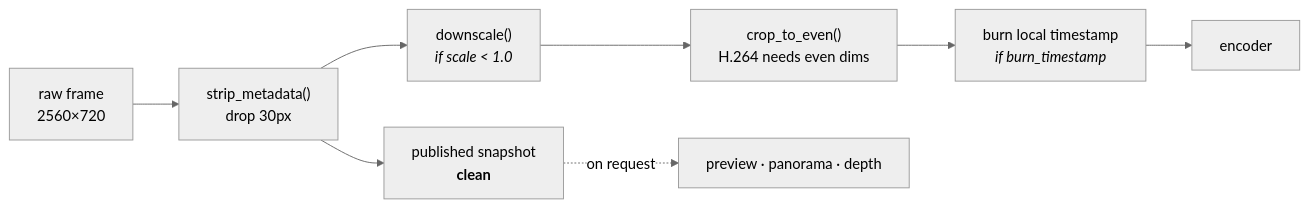
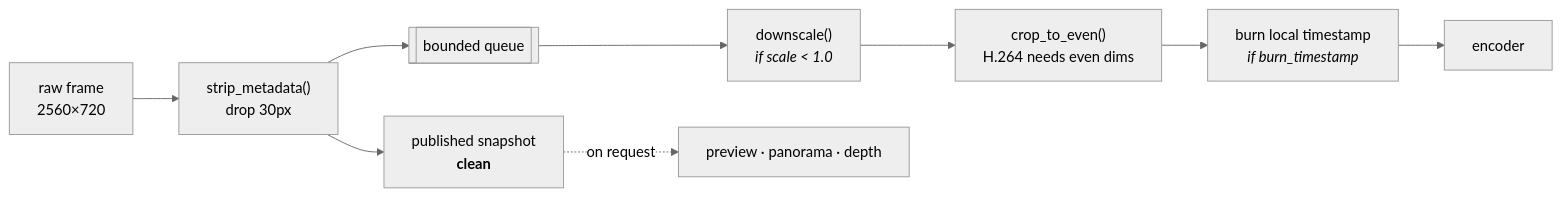
Before and after one commit to Life-Experimentalist/Vectra-180: the second of 4 diagrams in docs/recording.md, drawn with Mermaid (neutral theme). The commit also changed other lines of this file and 24 other files, not shown here.

````diff
--- a/docs/recording.md
+++ b/docs/recording.md
@@ -128,11 +136,12 @@
 ```mermaid
 flowchart LR
     RAW["raw frame<br/>2560×720"] --> STRIP["strip_metadata()<br/>drop 30px"]
-    STRIP --> SCALE["downscale()<br/><i>if scale &lt; 1.0</i>"]
+    STRIP --> Q[["bounded queue"]]
+    Q --> SCALE["downscale()<br/><i>if scale &lt; 1.0</i>"]
     SCALE --> EVEN["crop_to_even()<br/>H.264 needs even dims"]
     EVEN --> BURN["burn local timestamp<br/><i>if burn_timestamp</i>"]
     BURN --> ENC["encoder"]
 
     STRIP --> PUB["published snapshot<br/><b>clean</b>"]
     PUB -.->|"on request"| PREVIEW["preview · panorama · depth"]
 ```
````
